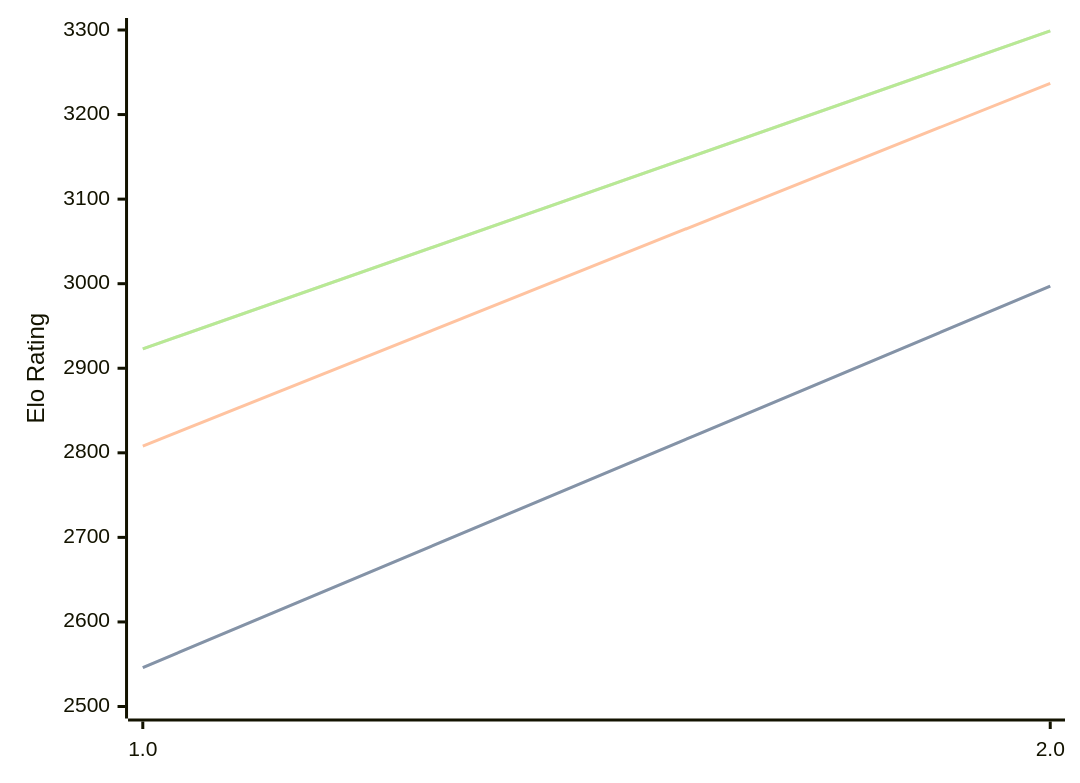
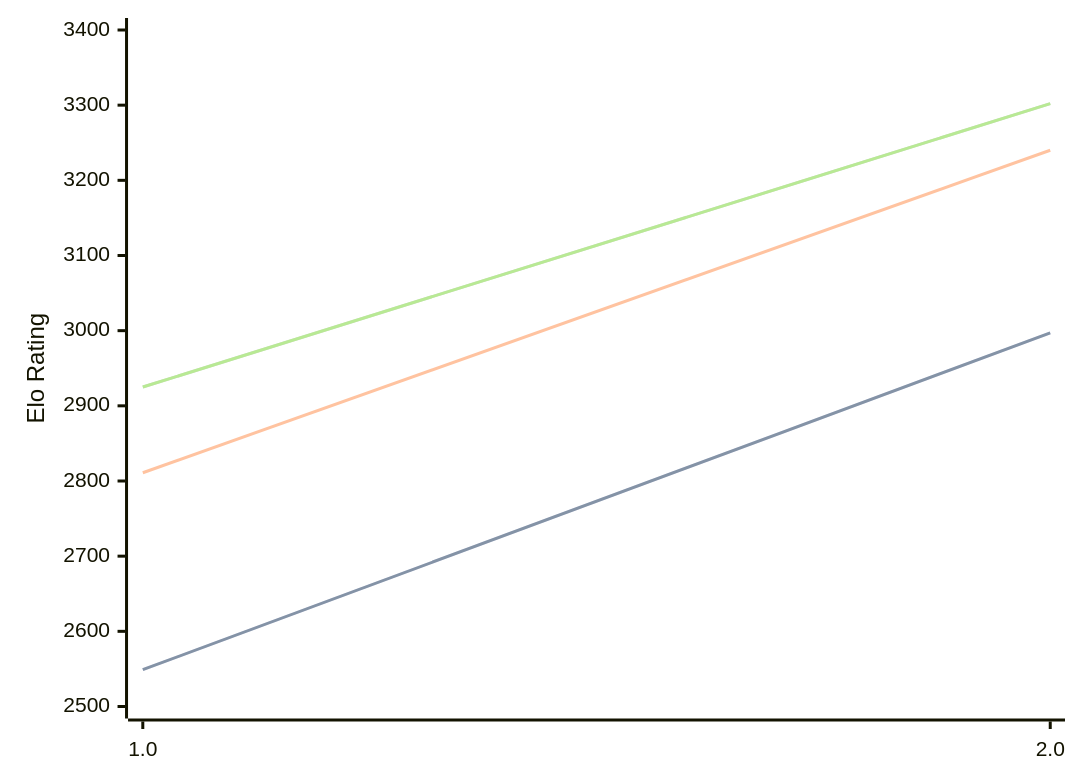
Before and after one commit to computer-chess-index/cci: the diagram in engines/Onslaught.md, drawn with Mermaid. The commit also changed other lines of this file, not shown here.

Commit message:
Update CCI Ratings (ELO VLTC) - 2026-09-24

````diff
--- a/engines/Onslaught.md
+++ b/engines/Onslaught.md
@@ -32,11 +32,11 @@
 ```mermaid
 %%{init: {"theme":"base","themeVariables":{"seriesColors:['#a3a3a3','#222221','#faa371']}}}%%
 xychart-beta
   x-axis ["1.0", "2.0"]
-  y-axis "Elo Rating" 2500 --> 3300
-  line "" [2546, 2997]
-  line "STC (8.0+0.08s)" [2546, 2997]
-  line "LTC (60.0+0.60s)" [2808, 3237]
-  line "" [2923, 3299]
-  line "VLTC (2m24s+1.12s)" [2923, 3299]
+  y-axis "Elo Rating" 2500 --> 3400
+  line "" [2549, 2997]
+  line "STC (8.0+0.08s)" [2549, 2997]
+  line "LTC (60.0+0.60s)" [2811, 3240]
+  line "" [2925, 3302]
+  line "VLTC (2m24s+1.12s)" [2925, 3302]
 ```
````
